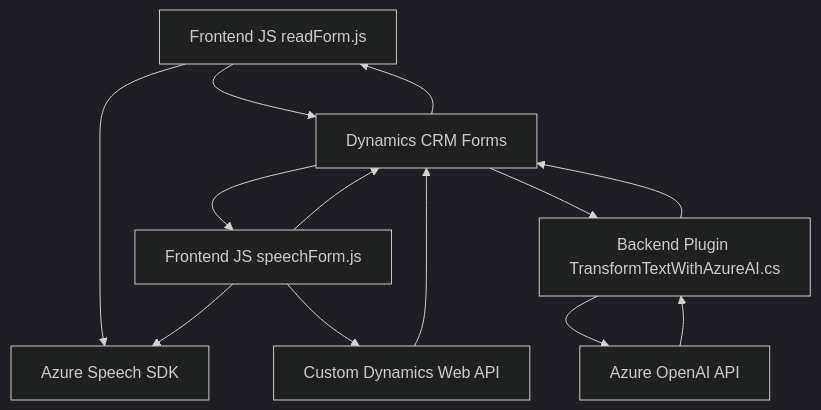
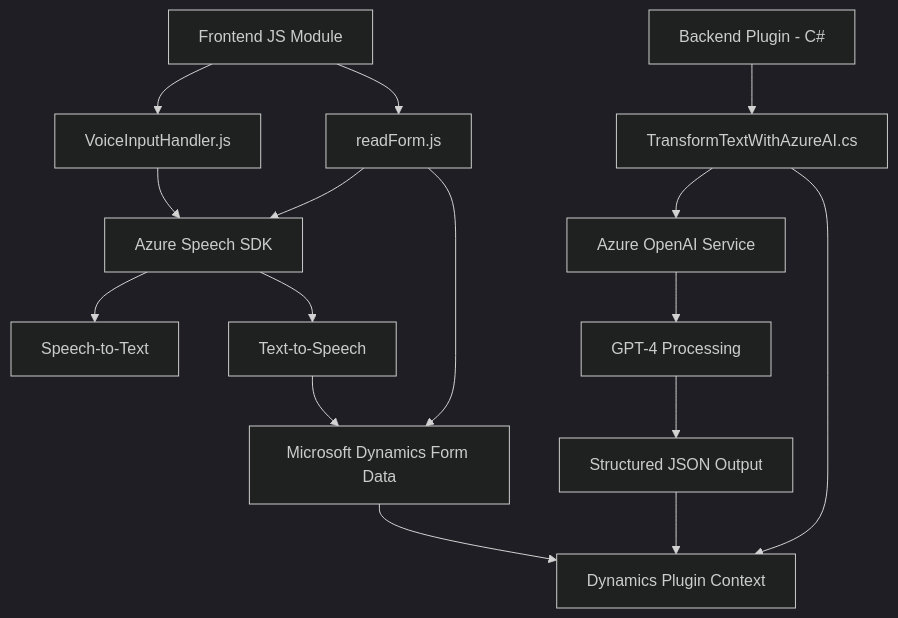
Before and after one commit to blopezdm/NETCORE_BILBAO2025: the diagram in README.md, drawn with Mermaid (dark theme). The commit also changed other lines of this file, not shown here.

````diff
--- a/README.md
+++ b/README.md
@@ -34,23 +59,20 @@
 ```mermaid
 graph TD
-    A["Frontend JS readForm.js"]
-    B["Frontend JS speechForm.js"]
-    C["Backend Plugin TransformTextWithAzureAI.cs"]
-    D["Azure Speech SDK"]
-    E["Azure OpenAI API"]
-    F["Dynamics CRM Forms"]
-    G["Custom Dynamics Web API"]
-    
-    A --> F
-    B --> F
-    F --> A
-    F --> B
-    A --> D
-    B --> D
-    C --> E
-    E --> C
-    C --> F
-    F --> C
-    B --> G
-    G --> F
+  A["Frontend JS Module"] --> B["VoiceInputHandler.js"]
+  A --> C["readForm.js"]
+  B --> D["Azure Speech SDK"]
+  C --> D
+  D --> E["Speech-to-Text"]
+  D --> F["Text-to-Speech"]
+  C --> G["Microsoft Dynamics Form Data"]
+  F --> G
+
+  H["Backend Plugin - C#"] --> I["TransformTextWithAzureAI.cs"]
+  I --> J["Azure OpenAI Service"]
+  I --> K["Dynamics Plugin Context"]
+  J --> L["GPT-4 Processing"]
+  L --> M["Structured JSON Output"]
+  M --> K
+
+  G --> K
 ```
````
